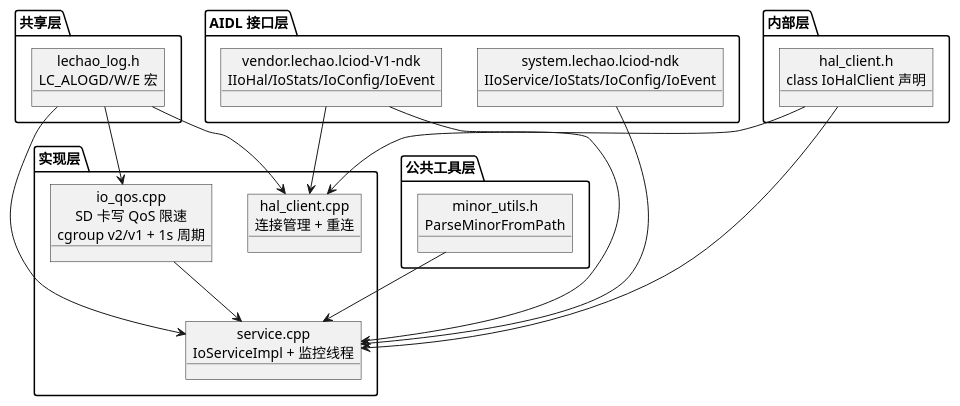
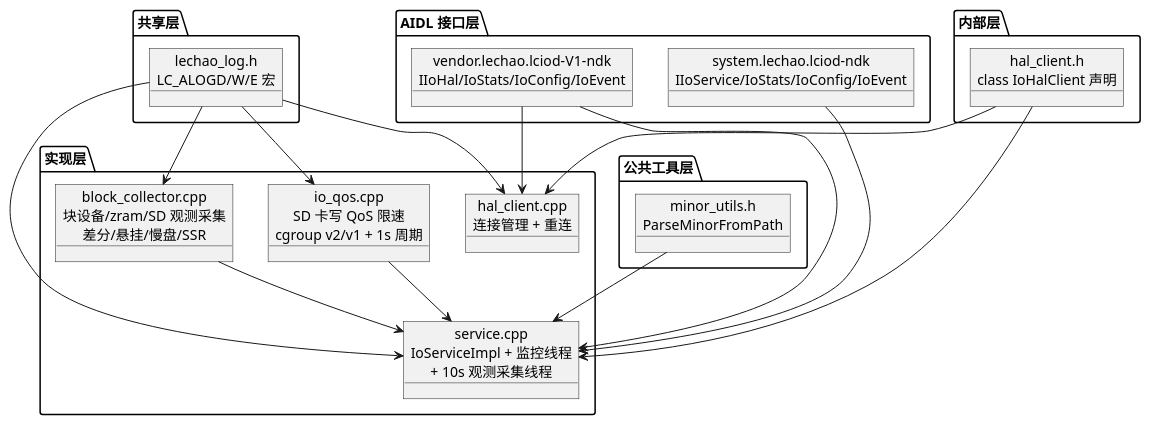
Before and after one commit to lechao365/AndroidSystemEnhance: diagram 11 of 18 in docs/02-IO增强/02.03-Daemon增强-lciod-daemon.md, drawn with PlantUML. The commit also changed other lines of this file and 212 other files, not shown here.

First line of the commit message:
构建(baseline): 发布 BL-20261013-01——LcIod SD 健康/长尾直方图与块采集迁入、LcView 事件扩展、usb-verify JSON 期望

````diff
--- a/docs/02-IO增强/02.03-Daemon增强-lciod-daemon.md
+++ b/docs/02-IO增强/02.03-Daemon增强-lciod-daemon.md
@@ -539,37 +564,40 @@
 ```plantuml
 @startuml
 package "共享层" as shared {
     object "lechao_log.h\nLC_ALOGD/W/E 宏" as LOG
 }
 
 package "公共工具层" as common {
     object "minor_utils.h\nParseMinorFromPath" as MINOR
 }
 
 package "AIDL 接口层" as aidl {
     object "system.lechao.lciod-ndk\nIIoService/IoStats/IoConfig/IoEvent" as AIDL_S
     object "vendor.lechao.lciod-V1-ndk\nIIoHal/IoStats/IoConfig/IoEvent" as AIDL_V
 }
 
 package "内部层" as internal {
     object "hal_client.h\nclass IoHalClient 声明" as HC_H
 }
 
 package "实现层" as impl {
     object "hal_client.cpp\n连接管理 + 重连" as HC_CPP
-    object "service.cpp\nIoServiceImpl + 监控线程" as SVC_CPP
+    object "service.cpp\nIoServiceImpl + 监控线程\n+ 10s 观测采集线程" as SVC_CPP
     object "io_qos.cpp\nSD 卡写 QoS 限速\ncgroup v2/v1 + 1s 周期" as QOS
+    object "block_collector.cpp\n块设备/zram/SD 观测采集\n差分/悬挂/慢盘/SSR" as BCOL_CPP
 }
 
 LOG --> HC_CPP
 LOG --> SVC_CPP
 LOG --> QOS
+LOG --> BCOL_CPP
 MINOR --> SVC_CPP
 AIDL_S --> SVC_CPP
 AIDL_V --> HC_CPP
 AIDL_V --> SVC_CPP
 HC_H --> HC_CPP
 HC_H --> SVC_CPP
 QOS --> SVC_CPP
+BCOL_CPP --> SVC_CPP
 @enduml
 ```
````
